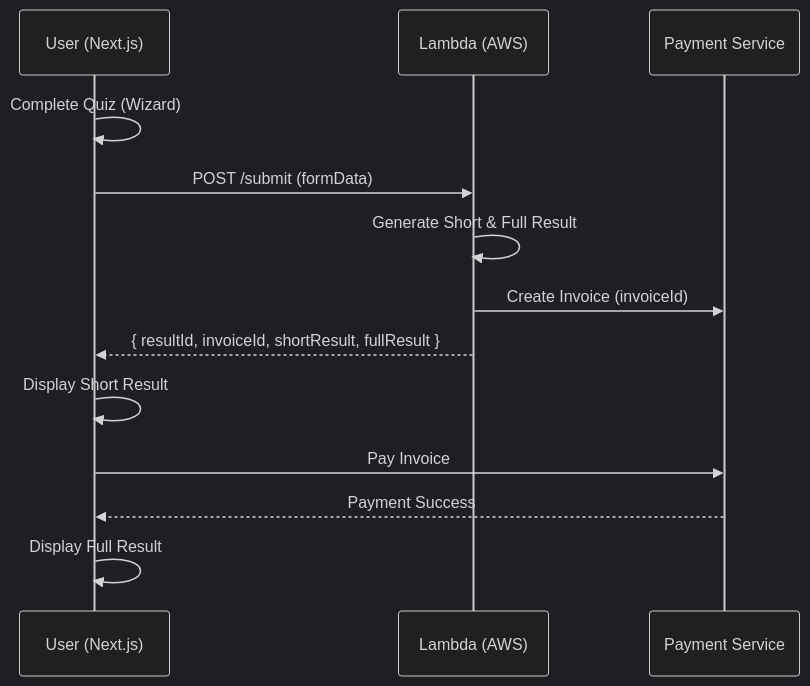
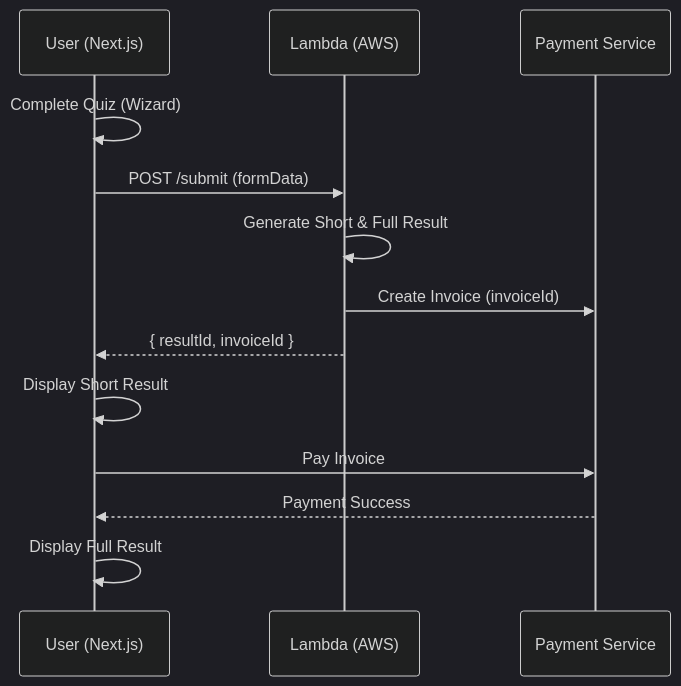
Before and after one commit to bayaroch/quizz-be: the diagram in flow.mermaid, drawn with Mermaid (dark theme).

```diff
--- a/flow.mermaid
+++ b/flow.mermaid
@@ -1,14 +1,14 @@
 sequenceDiagram
   participant U as User (Next.js)
   participant L as Lambda (AWS)
   participant P as Payment Service
 
   U->>U: Complete Quiz (Wizard)
   U->>L: POST /submit (formData)
   L->>L: Generate Short & Full Result
   L->>P: Create Invoice (invoiceId)
-  L-->>U: { resultId, invoiceId, shortResult, fullResult }
+  L-->>U: { resultId, invoiceId }
   U->>U: Display Short Result
   U->>P: Pay Invoice
   P-->>U: Payment Success
   U->>U: Display Full Result
```
